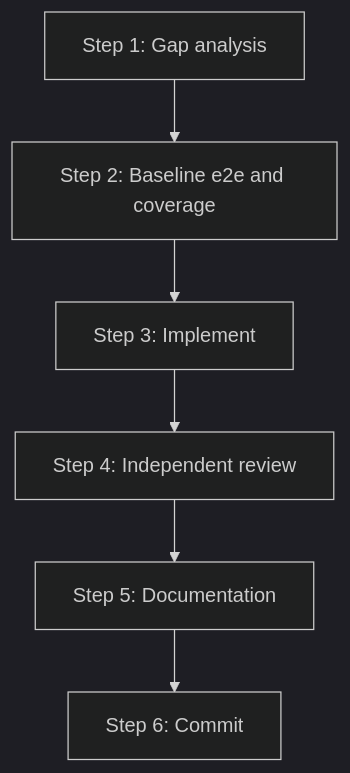
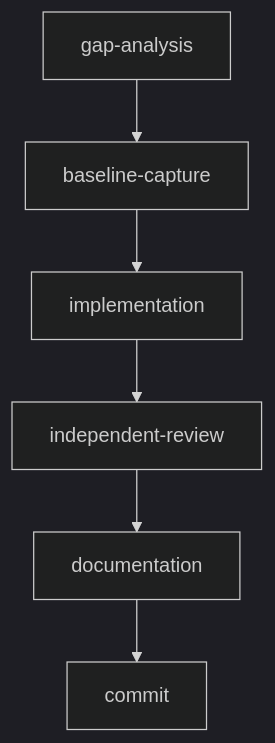
Before and after one commit to invertase/react-native-firebase: the diagram in okf-bundle/packages/firestore/pipeline-implementation-workflow.md, drawn with Mermaid (dark theme). The commit also changed other lines of this file and 10 other files, not shown here.

````diff
--- a/okf-bundle/packages/firestore/pipeline-implementation-workflow.md
+++ b/okf-bundle/packages/firestore/pipeline-implementation-workflow.md
@@ -63,8 +64,8 @@
 ```mermaid
 flowchart TD
-  A[Step 1: Gap analysis] --> B[Step 2: Baseline e2e and coverage]
-  B --> C[Step 3: Implement]
-  C --> D[Step 4: Independent review]
-  D --> E[Step 5: Documentation]
-  E --> F[Step 6: Commit]
+  A["gap-analysis"] --> B["baseline-capture"]
+  B --> C["implementation"]
+  C --> D["independent-review"]
+  D --> E["documentation"]
+  E --> F["commit"]
 ```
````
